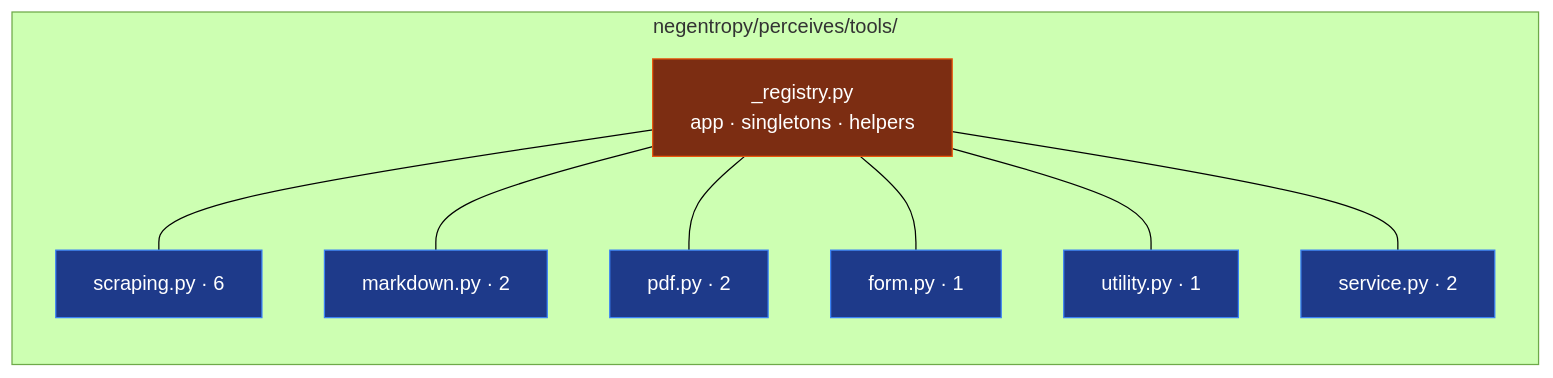
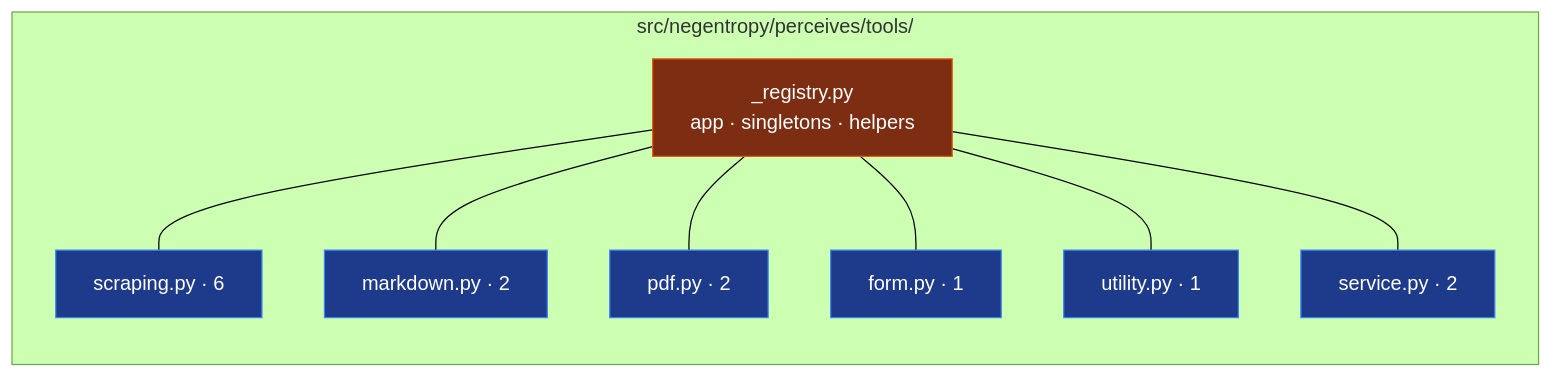
One commit to ThreeFish-AI/data-extractor changed the second of 5 diagrams in docs/1-Framework.md. Above: the diagram before and after it, drawn with Mermaid (forest theme). The commit also changed other lines of this file and 63 other files, not shown here.

````diff
--- a/docs/1-Framework.md
+++ b/docs/1-Framework.md
@@ -50,22 +50,22 @@
 ```mermaid
 graph LR
-    subgraph "negentropy/perceives/tools/"
+    subgraph "src/negentropy/perceives/tools/"
         R["_registry.py<br/>app · singletons · helpers"]
         S["scraping.py · 6"] & M["markdown.py · 2"] & P["pdf.py · 2"]
         F["form.py · 1"] & U["utility.py · 1"] & SV["service.py · 2"]
     end
     R --- S
     R --- M
     R --- P
     R --- F
     R --- U
     R --- SV
 
     style R fill:#7c2d12,stroke:#ea580c,color:#ffffff
     style S fill:#1e3a8a,stroke:#3b82f6,color:#ffffff
     style M fill:#1e3a8a,stroke:#3b82f6,color:#ffffff
     style P fill:#1e3a8a,stroke:#3b82f6,color:#ffffff
     style F fill:#1e3a8a,stroke:#3b82f6,color:#ffffff
     style U fill:#1e3a8a,stroke:#3b82f6,color:#ffffff
     style SV fill:#1e3a8a,stroke:#3b82f6,color:#ffffff
 ```
````
